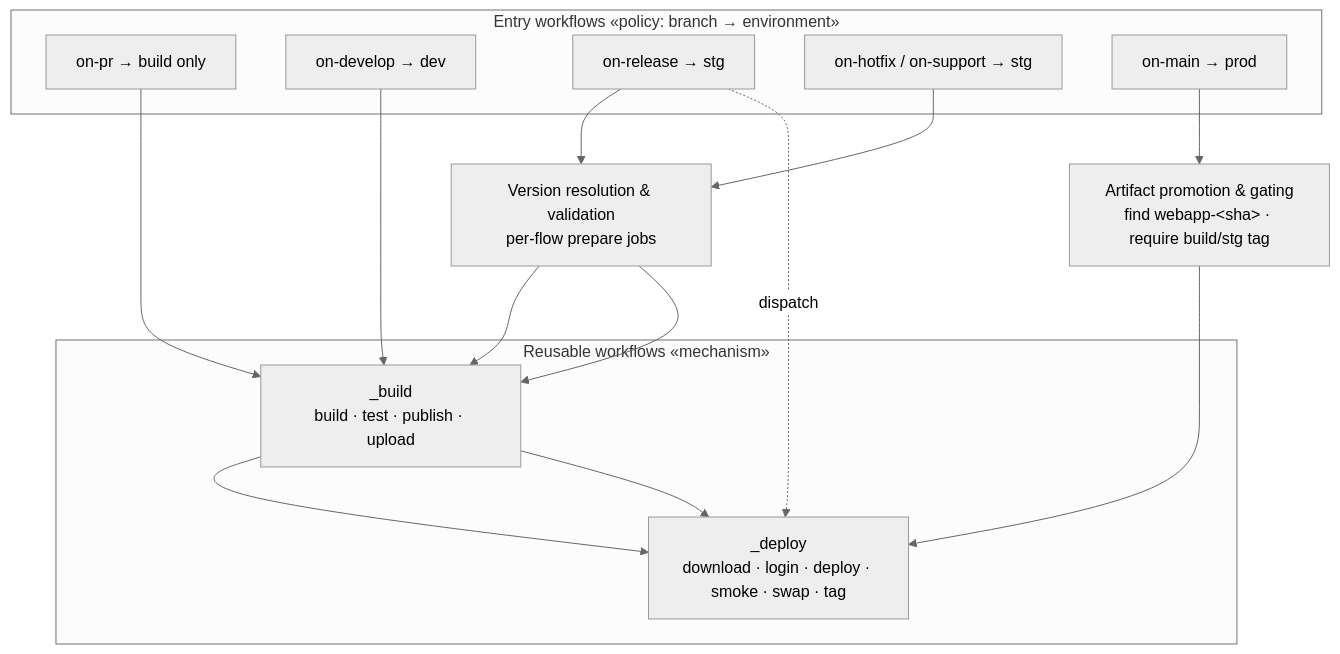
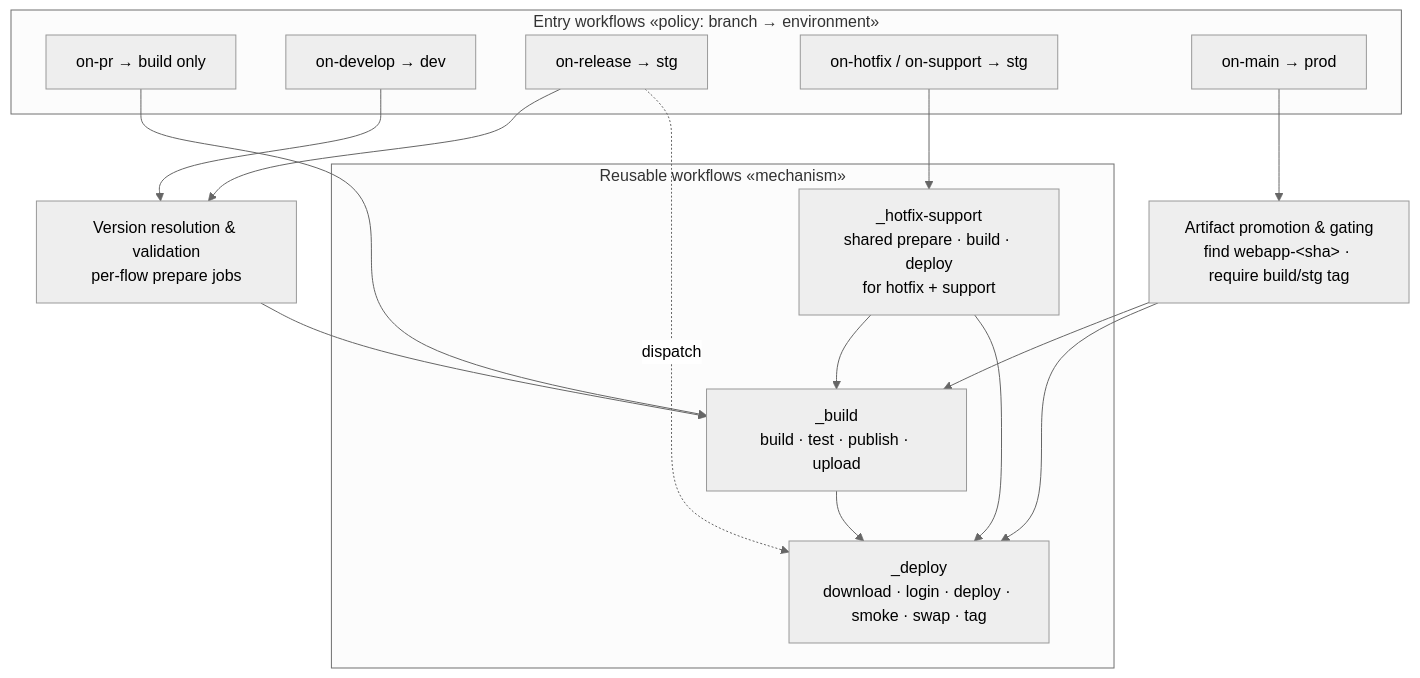
The second of 3 diagrams in docs/c3-components/README.md (avlon-technologies/template-azure-cicd), drawn with Mermaid (neutral theme) before and after one commit. The commit also changed other lines of this file and 2 other files, not shown here.

Commit message:
docs: reconcile architecture docs with the third reusable workflow
Review of the implementation against the C4 docs found one gap: the
pipeline has three reusable workflows (_build, _deploy, _hotfix-support),
but C2/C3 and CLAUDE.md described only two and implied the hotfix/support
prepare logic lived in the entry workflows. It actually lives in the
shared _hotfix-support.yml, which on-hotfix/on-support wrap.

- C3: add _hotfix-support to the diagram + components table; correct the
  "Version resolution" location to name entry workflows and the shared
  reusable workflow.
- C2: note three reusable workflows in the CI/CD Pipeline container.
- CLAUDE.md: "Two" -> "Three" reusable workflows and add the bullet.

No behavior change; the architecture's guarantees already held in code.

````diff
--- a/docs/c3-components/README.md
+++ b/docs/c3-components/README.md
@@ -61,23 +61,28 @@
 ```mermaid
 graph TB
     subgraph entry [Entry workflows «policy: branch → environment»]
         pr[on-pr → build only]
         dev[on-develop → dev]
         rel[on-release → stg]
         hot[on-hotfix / on-support → stg]
         main[on-main → prod]
     end
     subgraph reusable [Reusable workflows «mechanism»]
         build[_build<br/>build · test · publish · upload]
         deploy[_deploy<br/>download · login · deploy · smoke · swap · tag]
+        hotsup[_hotfix-support<br/>shared prepare · build · deploy<br/>for hotfix + support]
     end
     prep[Version resolution & validation<br/>per-flow prepare jobs]
     promote[Artifact promotion & gating<br/>find webapp-&lt;sha&gt; · require build/stg tag]
 
     pr --> build
-    dev --> build --> deploy
-    rel --> prep --> build
-    hot --> prep --> build --> deploy
-    main --> promote --> deploy
+    dev --> prep
+    rel --> prep
+    prep --> build --> deploy
+    hot --> hotsup
+    hotsup --> build
+    hotsup --> deploy
+    main --> promote --> build
+    promote --> deploy
     rel -.dispatch.-> deploy
 ```
````
